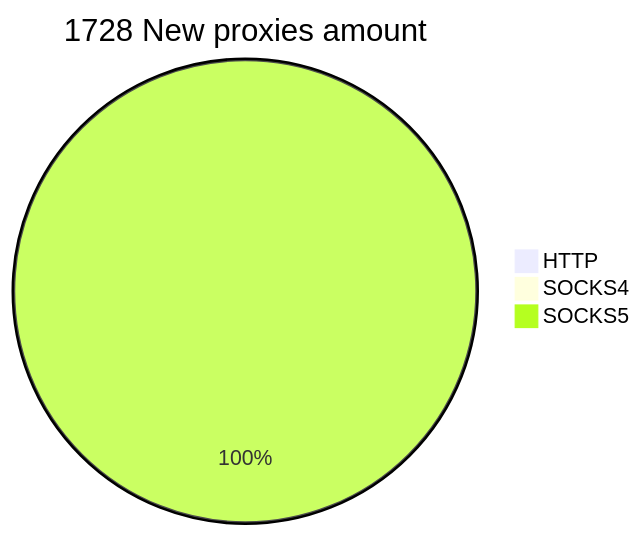
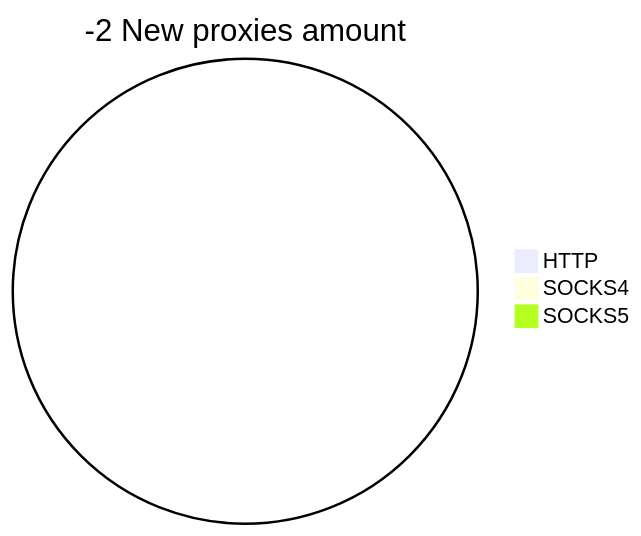
One commit to cutipu/proxylist changed the second of 2 diagrams in README.md. Above: the diagram before and after it, drawn with Mermaid. The commit also changed other lines of this file, not shown here.

````diff
--- a/README.md
+++ b/README.md
@@ -10,6 +10,6 @@
 ```mermaid
-pie title 1728 New proxies amount
+pie title -2 New proxies amount
     "HTTP" : 0
-    "SOCKS4" : 1
-    "SOCKS5" : 1727
+    "SOCKS4" : 0
+    "SOCKS5" : 0
 ```
````
